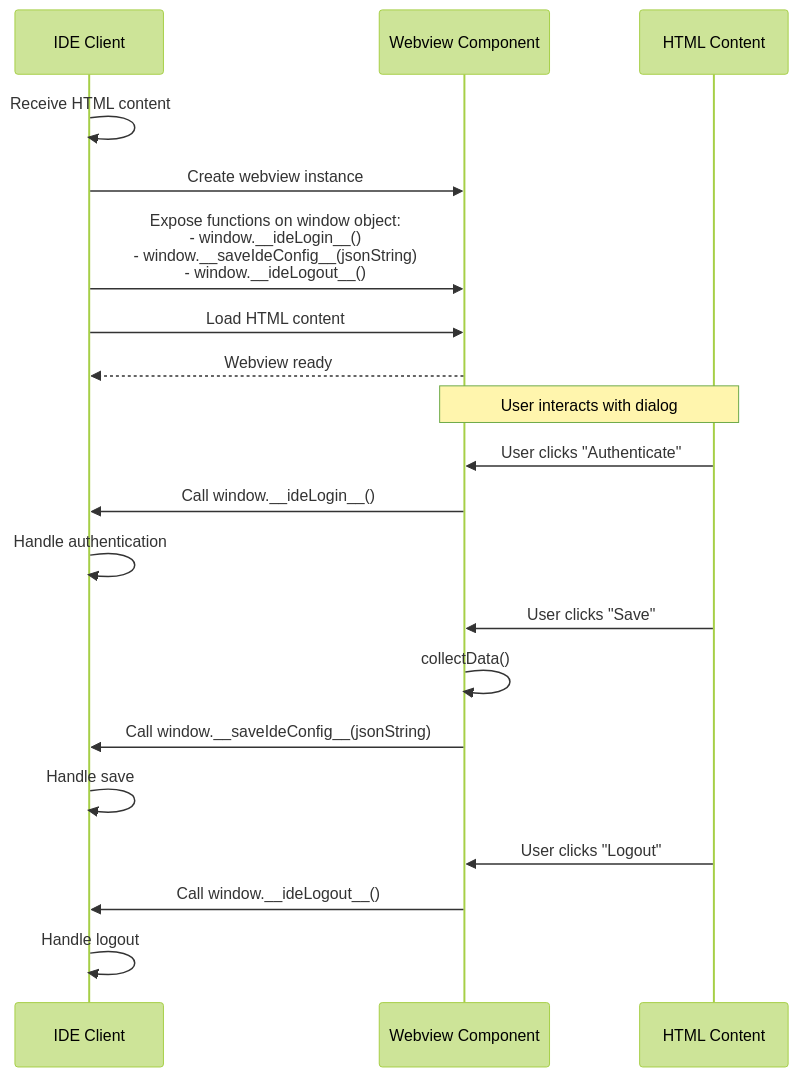
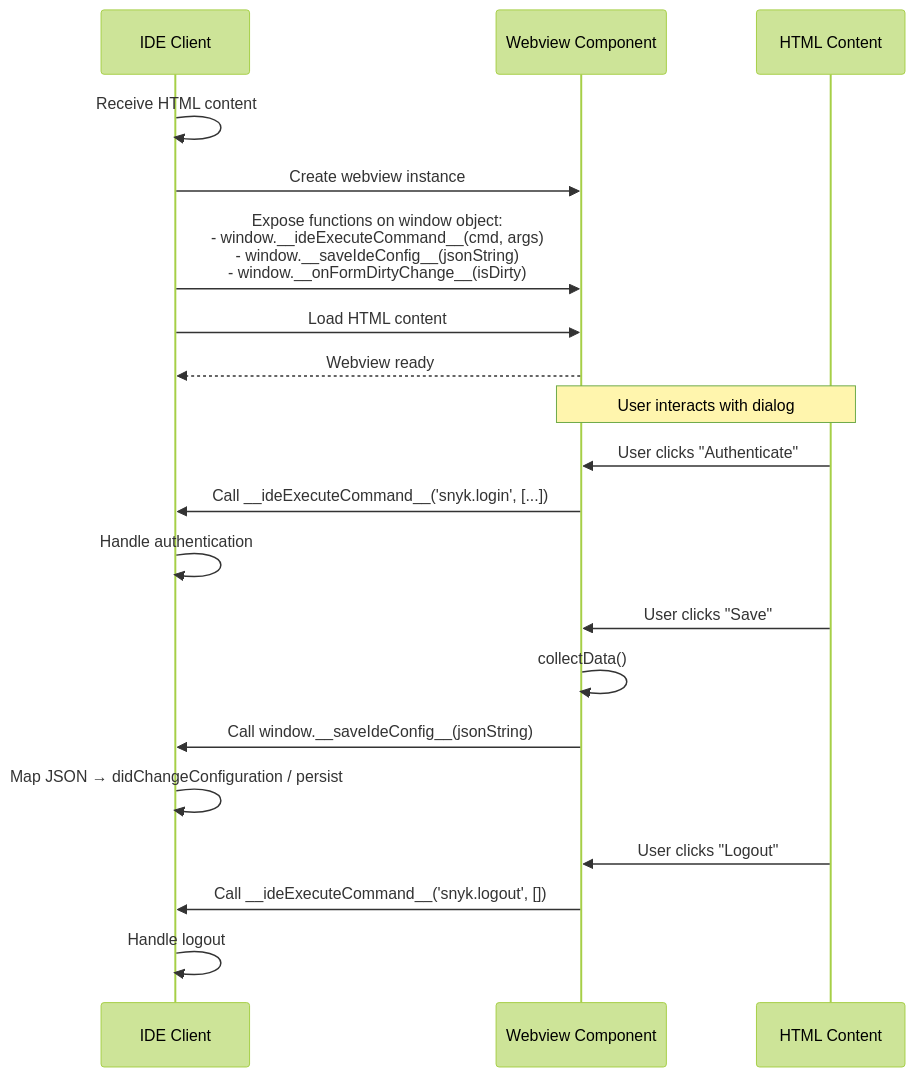
Before and after one commit to snyk/snyk-ls: the second of 5 diagrams in docs/configuration-dialog.md, drawn with Mermaid (forest theme). The commit also changed other lines of this file and 6 other files, not shown here.

First line of the commit message:
docs: sync protocol v25 and configuration HTML with codebase [IDE-1786]

````diff
--- a/docs/configuration-dialog.md
+++ b/docs/configuration-dialog.md
@@ -424,31 +259,31 @@
 ```mermaid
 sequenceDiagram
     participant IDE as IDE Client
     participant Webview as Webview Component
     participant HTML as HTML Content
 
     IDE->>IDE: Receive HTML content
 
     IDE->>Webview: Create webview instance
 
-    IDE->>Webview: Expose functions on window object:<br/>- window.__ideLogin__()<br/>- window.__saveIdeConfig__(jsonString)<br/>- window.__ideLogout__()
+    IDE->>Webview: Expose functions on window object:<br/>- window.__ideExecuteCommand__(cmd, args)<br/>- window.__saveIdeConfig__(jsonString)<br/>- window.__onFormDirtyChange__(isDirty)
 
     IDE->>Webview: Load HTML content
 
     Webview-->>IDE: Webview ready
 
     Note over HTML,Webview: User interacts with dialog
 
     HTML->>Webview: User clicks "Authenticate"
-    Webview->>IDE: Call window.__ideLogin__()
+    Webview->>IDE: Call __ideExecuteCommand__('snyk.login', [...])
     IDE->>IDE: Handle authentication
 
     HTML->>Webview: User clicks "Save"
     Webview->>Webview: collectData()
     Webview->>IDE: Call window.__saveIdeConfig__(jsonString)
-    IDE->>IDE: Handle save
+    IDE->>IDE: Map JSON → didChangeConfiguration / persist
 
     HTML->>Webview: User clicks "Logout"
-    Webview->>IDE: Call window.__ideLogout__()
+    Webview->>IDE: Call __ideExecuteCommand__('snyk.logout', [])
     IDE->>IDE: Handle logout
 ```
````
